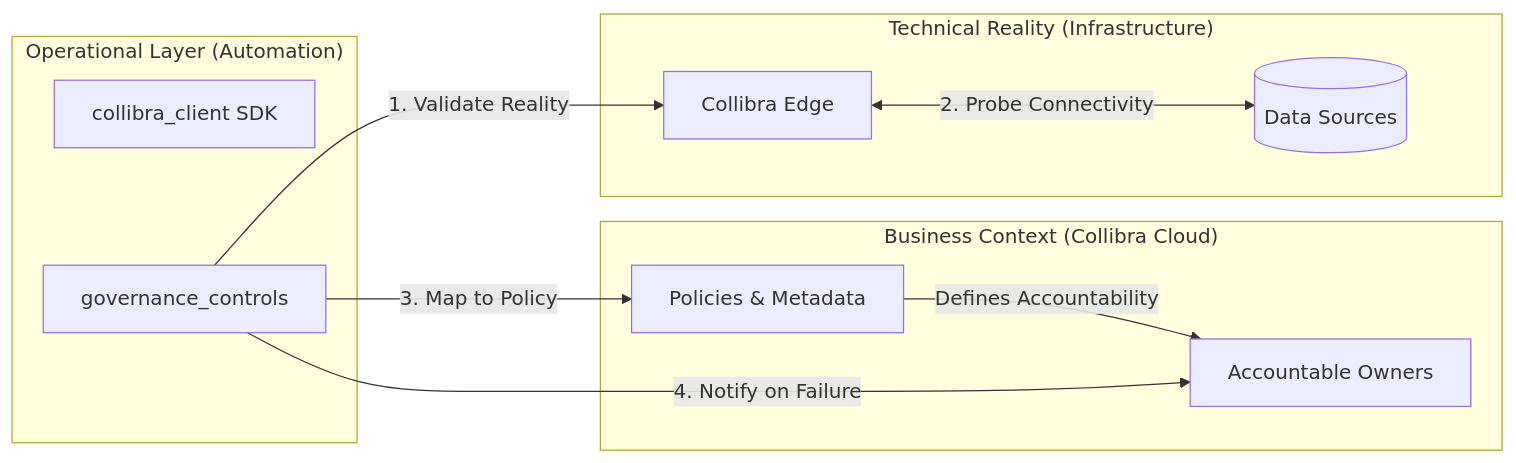
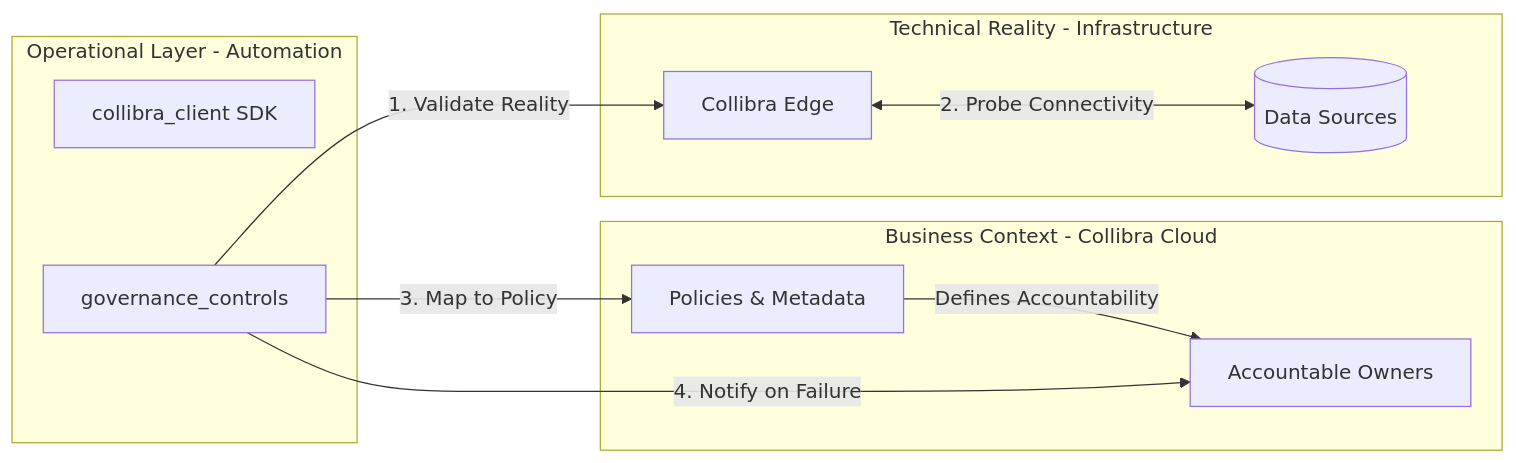
One commit to arnauudG/Collibra-Repository---Automations changed the diagram in Test Connections - Database - Collibra/README.md. Above: the diagram before and after it, drawn with Mermaid. The commit also changed other lines of this file and 3 other files, not shown here.

First line of the commit message:
fix mermaid diagrams and finalize documentation for production

````diff
--- a/Test Connections - Database - Collibra/README.md
+++ b/Test Connections - Database - Collibra/README.md
@@ -37,23 +59,23 @@
 ```mermaid
 graph LR
-    subgraph "Business Context (Collibra Cloud)"
+    subgraph Cloud["Business Context - Collibra Cloud"]
         P[Policies & Metadata]
         O[Accountable Owners]
     end
 
-    subgraph "Operational Layer (Automation)"
+    subgraph Automation["Operational Layer - Automation"]
         SDK[collibra_client SDK]
         CTRL[governance_controls]
     end
 
-    subgraph "Technical Reality (Infrastructure)"
+    subgraph Infrastructure["Technical Reality - Infrastructure"]
         E[Collibra Edge]
         D[(Data Sources)]
     end
 
     P -->|Defines Accountability| O
     CTRL -->|1. Validate Reality| E
     E <-->|2. Probe Connectivity| D
     CTRL -->|3. Map to Policy| P
     CTRL -->|4. Notify on Failure| O
 ```
````
